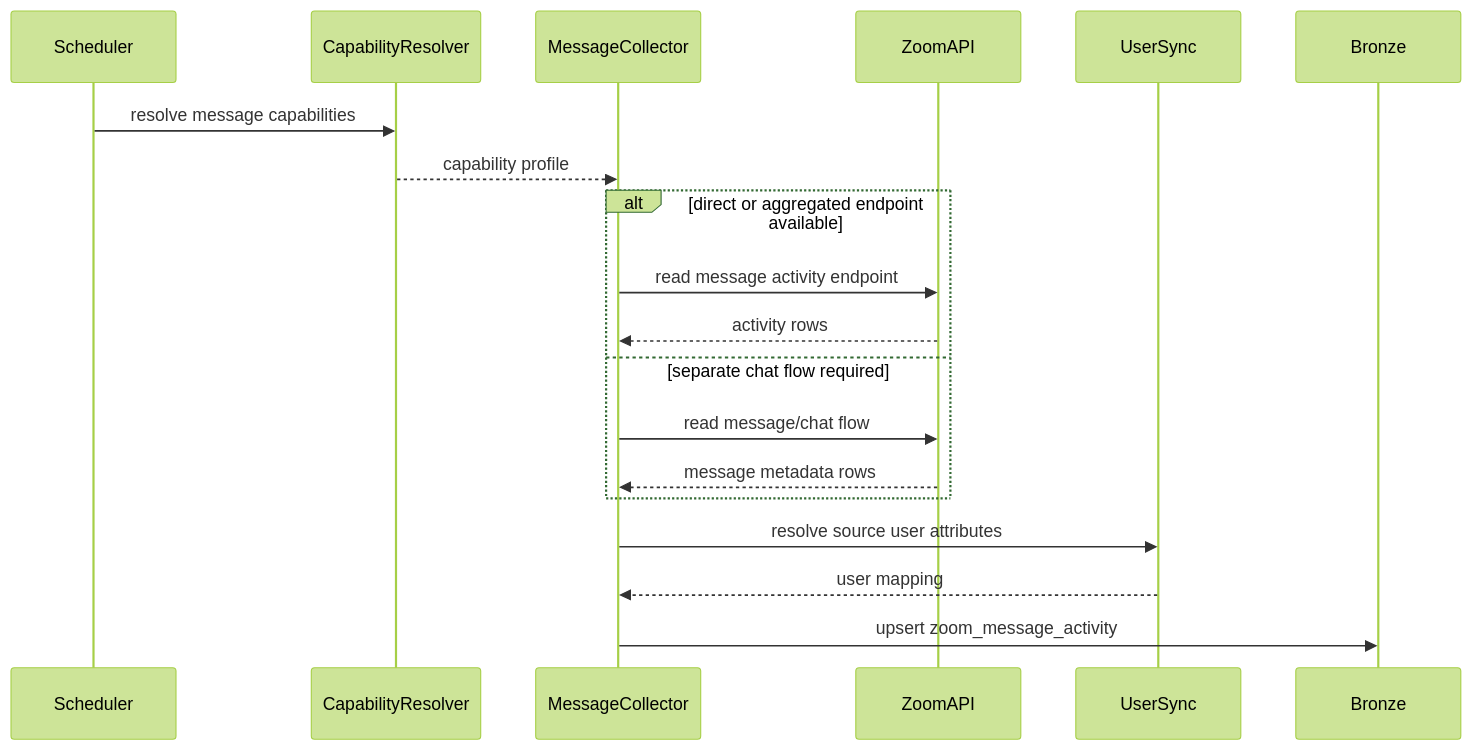
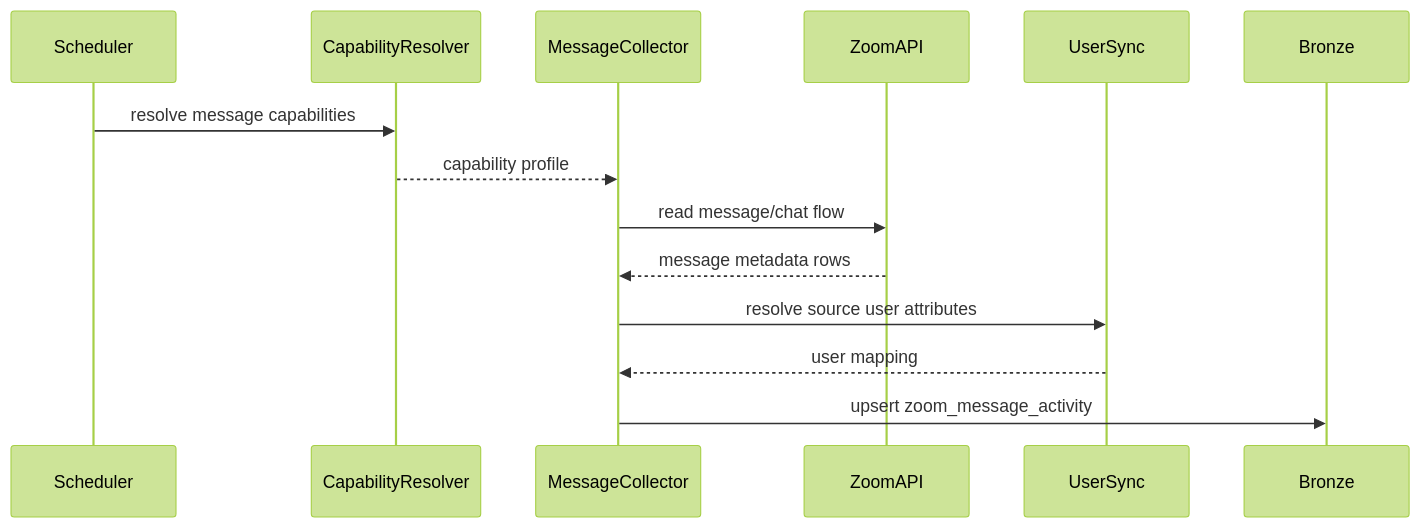
One commit to cyberantonz/insight changed the fourth of 4 diagrams in docs/components/connectors/collaboration/zoom/specs/DESIGN.md. Above: the diagram before and after it, drawn with Mermaid (forest theme). The commit also changed other lines of this file and 3 other files, not shown here.

````diff
--- a/docs/components/connectors/collaboration/zoom/specs/DESIGN.md
+++ b/docs/components/connectors/collaboration/zoom/specs/DESIGN.md
@@ -517,15 +516,10 @@
 ```mermaid
 sequenceDiagram
     Scheduler->>CapabilityResolver: resolve message capabilities
     CapabilityResolver-->>MessageCollector: capability profile
-    alt direct or aggregated endpoint available
-        MessageCollector->>ZoomAPI: read message activity endpoint
-        ZoomAPI-->>MessageCollector: activity rows
-    else separate chat flow required
-        MessageCollector->>ZoomAPI: read message/chat flow
-        ZoomAPI-->>MessageCollector: message metadata rows
-    end
+    MessageCollector->>ZoomAPI: read message/chat flow
+    ZoomAPI-->>MessageCollector: message metadata rows
     MessageCollector->>UserSync: resolve source user attributes
     UserSync-->>MessageCollector: user mapping
     MessageCollector->>Bronze: upsert zoom_message_activity
 ```
````
